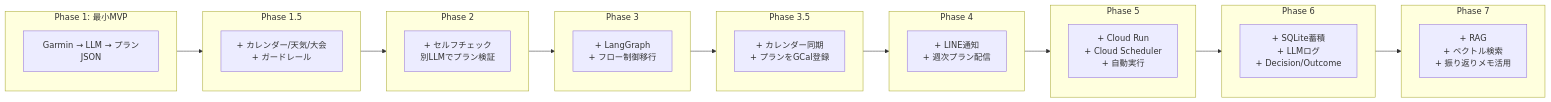
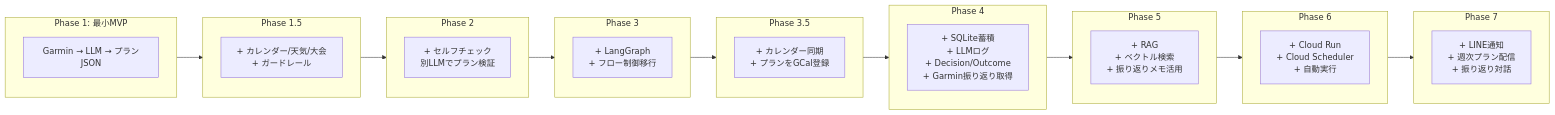
The fourth of 5 diagrams in DESIGN.md (fuzztarou/run-coach), drawn with Mermaid before and after one commit. The commit also changed other lines of this file and 4 other files, not shown here.

First line of the commit message:
docs: Phase順序を見直し（データ蓄積→RAG→Cloud Run→LINE）

````diff
--- a/DESIGN.md
+++ b/DESIGN.md
@@ -192,40 +192,40 @@
 ```mermaid
 flowchart LR
     subgraph Phase1[Phase 1: 最小MVP]
         P1[Garmin → LLM → プランJSON]
     end
 
     subgraph Phase15[Phase 1.5]
         P15[+ カレンダー/天気/大会<br>+ ガードレール]
     end
 
     subgraph Phase2[Phase 2]
         P2[+ セルフチェック<br>別LLMでプラン検証]
     end
 
     subgraph Phase3[Phase 3]
         P3[+ LangGraph<br>+ フロー制御移行]
     end
 
     subgraph Phase35[Phase 3.5]
         P35[+ カレンダー同期<br>+ プランをGCal登録]
     end
 
     subgraph Phase4[Phase 4]
-        P4[+ LINE通知<br>+ 週次プラン配信]
+        P4[+ SQLite蓄積<br>+ LLMログ<br>+ Decision/Outcome<br>+ Garmin振り返り取得]
     end
 
     subgraph Phase5[Phase 5]
-        P5[+ Cloud Run<br>+ Cloud Scheduler<br>+ 自動実行]
+        P5[+ RAG<br>+ ベクトル検索<br>+ 振り返りメモ活用]
     end
 
     subgraph Phase6[Phase 6]
-        P6[+ SQLite蓄積<br>+ LLMログ<br>+ Decision/Outcome]
+        P6[+ Cloud Run<br>+ Cloud Scheduler<br>+ 自動実行]
     end
 
     subgraph Phase7[Phase 7]
-        P7[+ RAG<br>+ ベクトル検索<br>+ 振り返りメモ活用]
+        P7[+ LINE通知<br>+ 週次プラン配信<br>+ 振り返り対話]
     end
 
     Phase1 --> Phase15 --> Phase2 --> Phase3 --> Phase35 --> Phase4 --> Phase5 --> Phase6 --> Phase7
 ```
````
